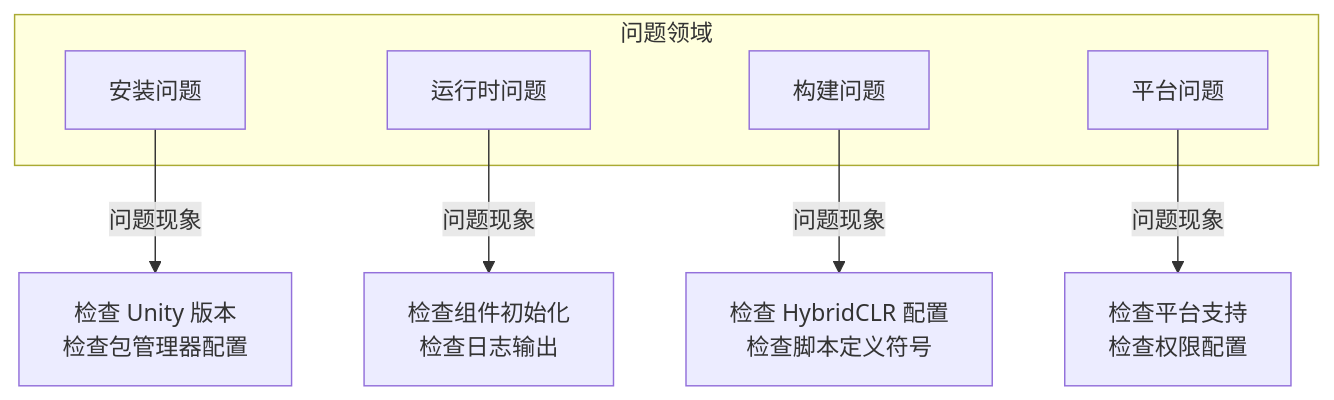
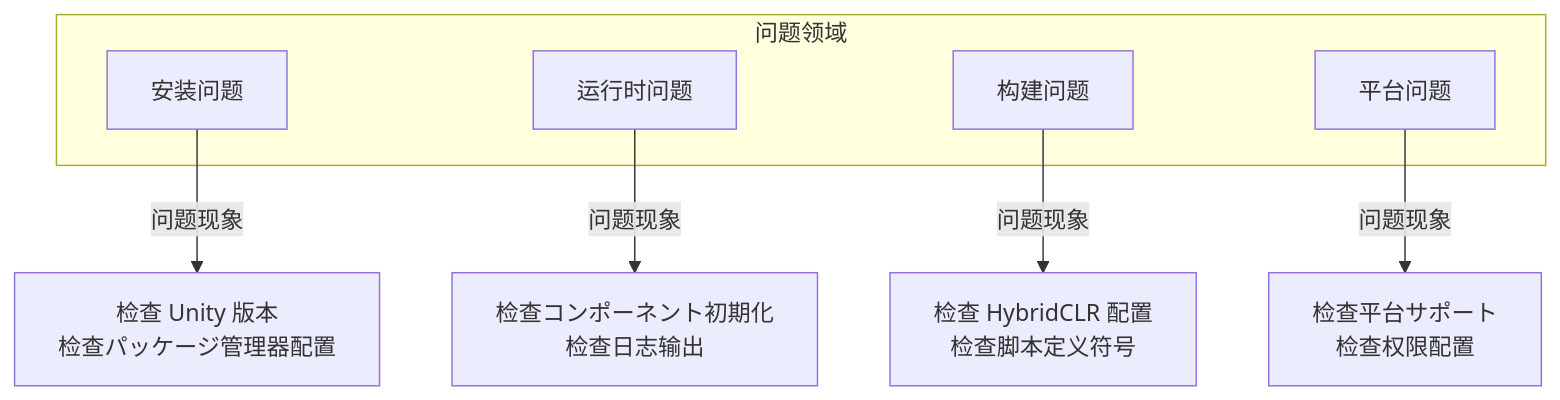
Before and after one commit to AlianBlank/GameFrameX.Docs: the diagram in docs/ja/client/unity/component/core/21.troubleshooting.md, drawn with Mermaid. The commit also changed other lines of this file and 603 other files, not shown here.

````diff
--- a/docs/ja/client/unity/component/core/21.troubleshooting.md
+++ b/docs/ja/client/unity/component/core/21.troubleshooting.md
@@ -11,14 +11,14 @@
 ```mermaid
 flowchart TD
     subgraph ProblemArea["问题领域"]
         Installation["安装问题"]
         Runtime["运行时问题"]
         Build["构建问题"]
         Platform["平台问题"]
     end
 
-    Installation --> |"问题现象"| Sol1["检查 Unity 版本<br/>检查包管理器配置"]
-    Runtime --> |"问题现象"| Sol2["检查组件初始化<br/>检查日志输出"]
+    Installation --> |"问题现象"| Sol1["检查 Unity 版本<br/>检查パッケージ管理器配置"]
+    Runtime --> |"问题现象"| Sol2["检查コンポーネント初期化<br/>检查日志输出"]
     Build --> |"问题现象"| Sol3["检查 HybridCLR 配置<br/>检查脚本定义符号"]
-    Platform --> |"问题现象"| Sol4["检查平台支持<br/>检查权限配置"]
+    Platform --> |"问题现象"| Sol4["检查平台サポート<br/>检查权限配置"]
 ```
````
